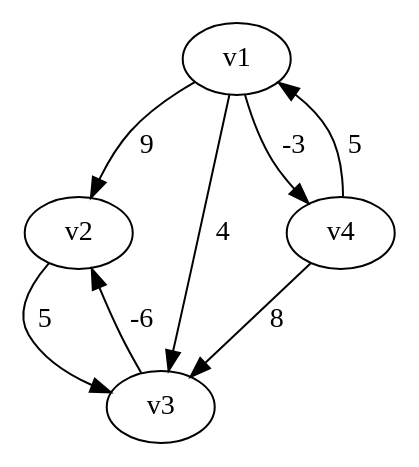
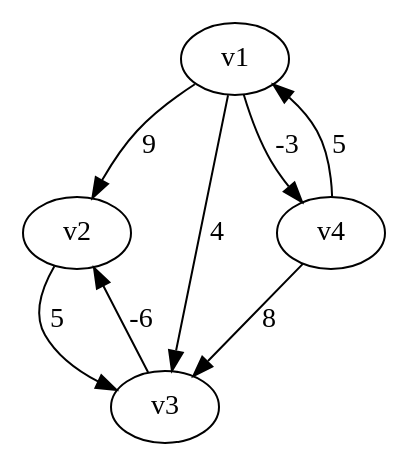
The diagram in io/graph_07.dot (MaxPower9001/B-AI3GKAP), drawn with Graphviz before and after one commit. The commit also changed 21 other files, not shown here.

```diff
--- a/io/graph_07.dot
+++ b/io/graph_07.dot
@@ -1,14 +1,14 @@
 digraph graph_07
 {
 v1
 v2
 v3
 v4
-v1 -> v2 [label=" 9  "]
-v1 -> v3 [label=" 4  "]
-v1 -> v4 [label=" -3  "]
-v2 -> v3 [label=" 5  "]
-v3 -> v2 [label=" -6  "]
-v4 -> v1 [label=" 5  "]
-v4 -> v3 [label=" 8  "]
+v1 -> v2 [label="9  "]
+v1 -> v3 [label="4  "]
+v1 -> v4 [label="-3  "]
+v2 -> v3 [label="5  "]
+v3 -> v2 [label="-6  "]
+v4 -> v1 [label="5  "]
+v4 -> v3 [label="8  "]
 }
```
